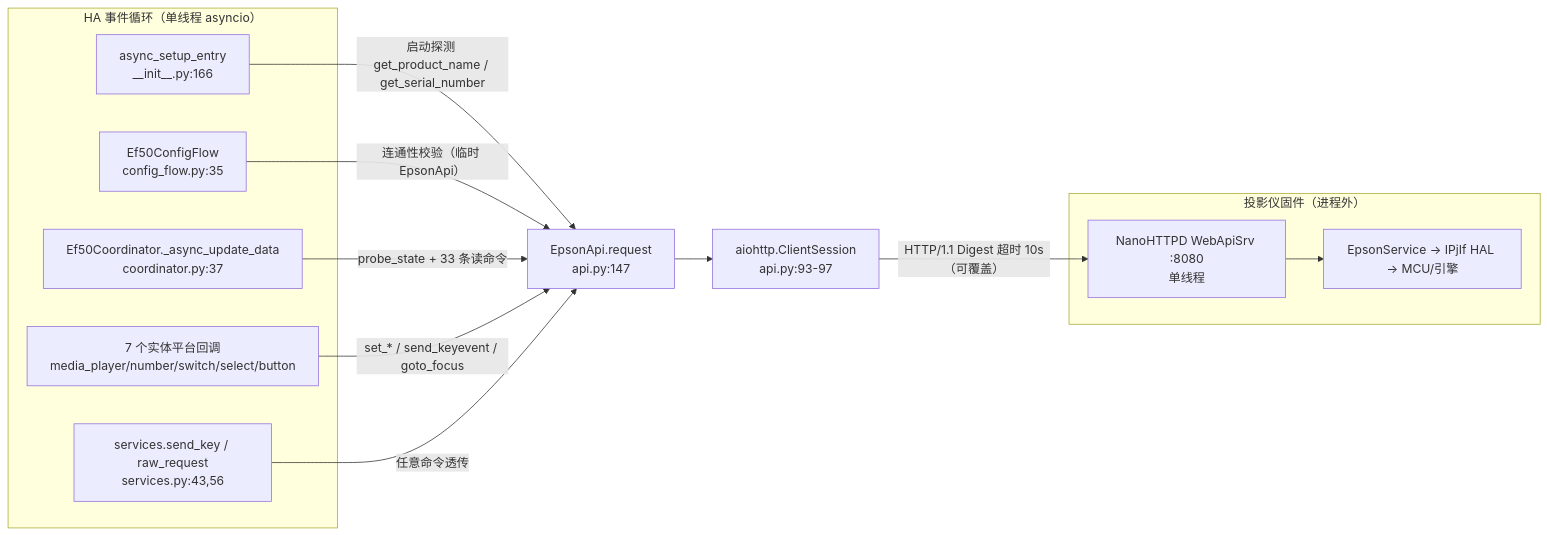
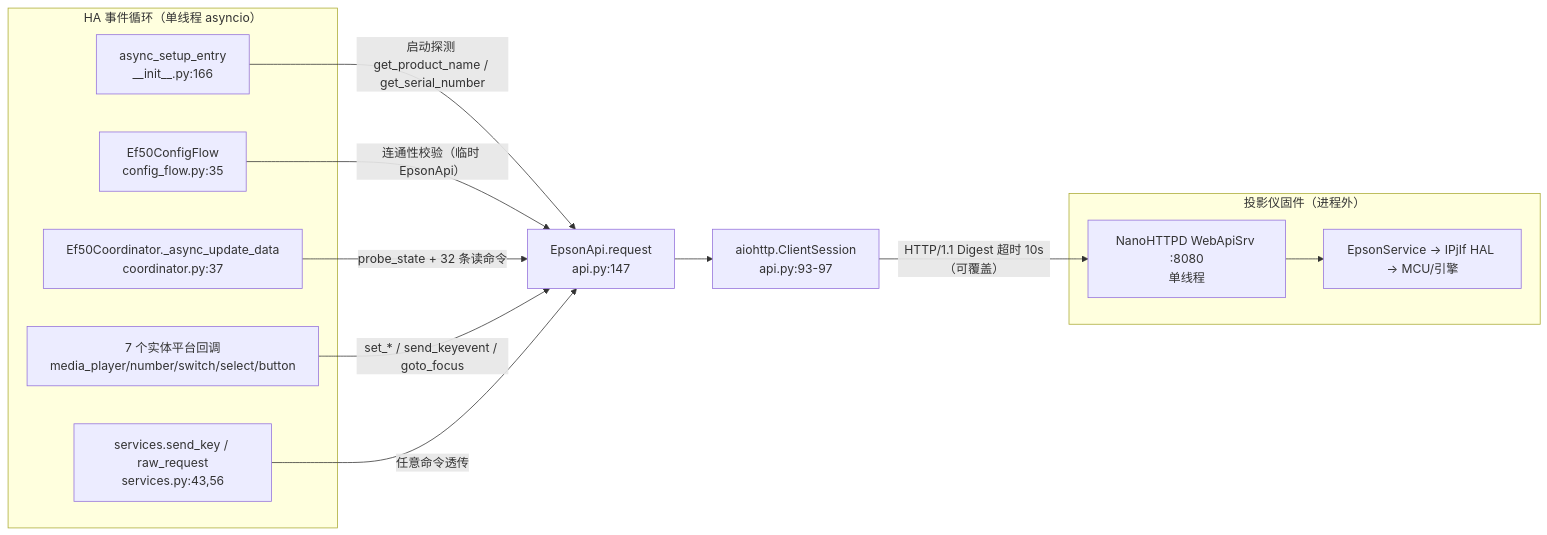
Before and after one commit to aixmoyu/ha-epson-ef-projector: the first of 7 diagrams in docs/architecture/architecture_views/process_view.md, drawn with Mermaid. The commit also changed other lines of this file and 78 other files, not shown here.

````diff
--- a/docs/architecture/architecture_views/process_view.md
+++ b/docs/architecture/architecture_views/process_view.md
@@ -34,26 +34,26 @@
 ```mermaid
 graph LR
     subgraph "HA 事件循环（单线程 asyncio）"
         SETUP["async_setup_entry<br/>__init__.py:166"]
         CF["Ef50ConfigFlow<br/>config_flow.py:35"]
         COORD["Ef50Coordinator._async_update_data<br/>coordinator.py:37"]
         ENT["7 个实体平台回调<br/>media_player/number/switch/select/button"]
         SVC["services.send_key / raw_request<br/>services.py:43,56"]
     end
 
     API["EpsonApi.request<br/>api.py:147"]
     SESS["aiohttp.ClientSession<br/>api.py:93-97"]
     subgraph "投影仪固件（进程外）"
         HTTP["NanoHTTPD WebApiSrv :8080<br/>单线程"]
         MCU["EpsonService → IPjIf HAL → MCU/引擎"]
     end
 
     SETUP -->|"启动探测 get_product_name / get_serial_number"| API
     CF -->|"连通性校验（临时 EpsonApi）"| API
-    COORD -->|"probe_state + 33 条读命令"| API
+    COORD -->|"probe_state + 32 条读命令"| API
     ENT -->|"set_* / send_keyevent / goto_focus"| API
     SVC -->|"任意命令透传"| API
     API --> SESS
     SESS -->|"HTTP/1.1 Digest 超时 10s（可覆盖）"| HTTP
     HTTP --> MCU
 ```
````
